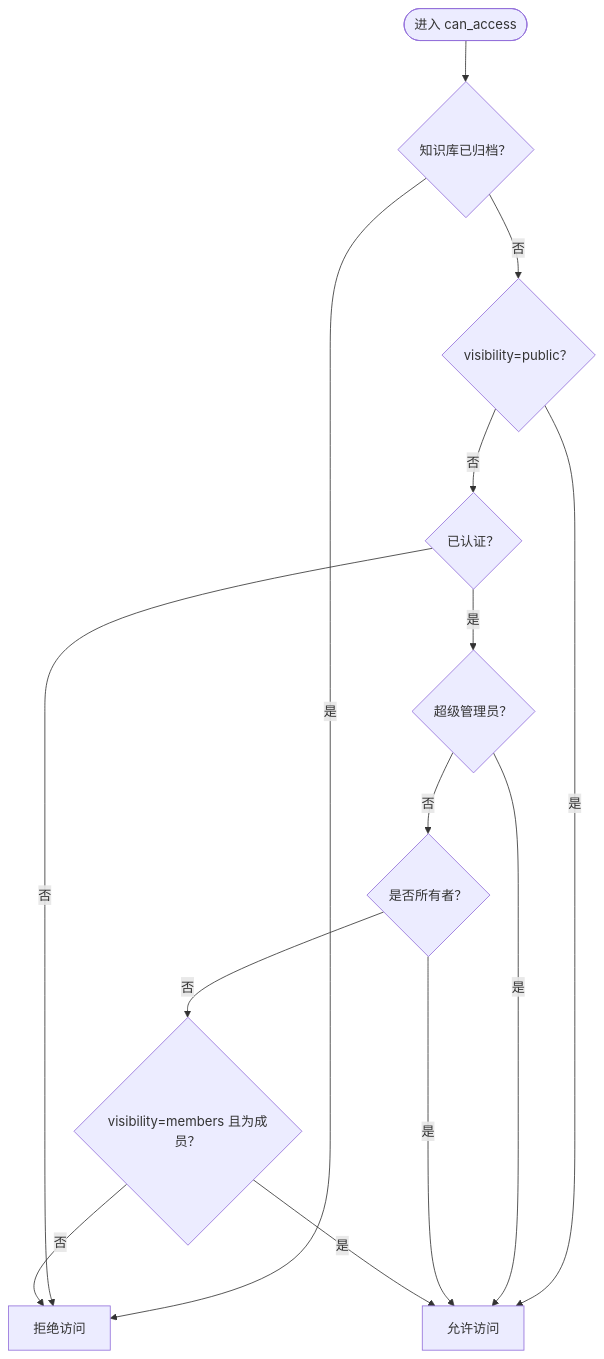
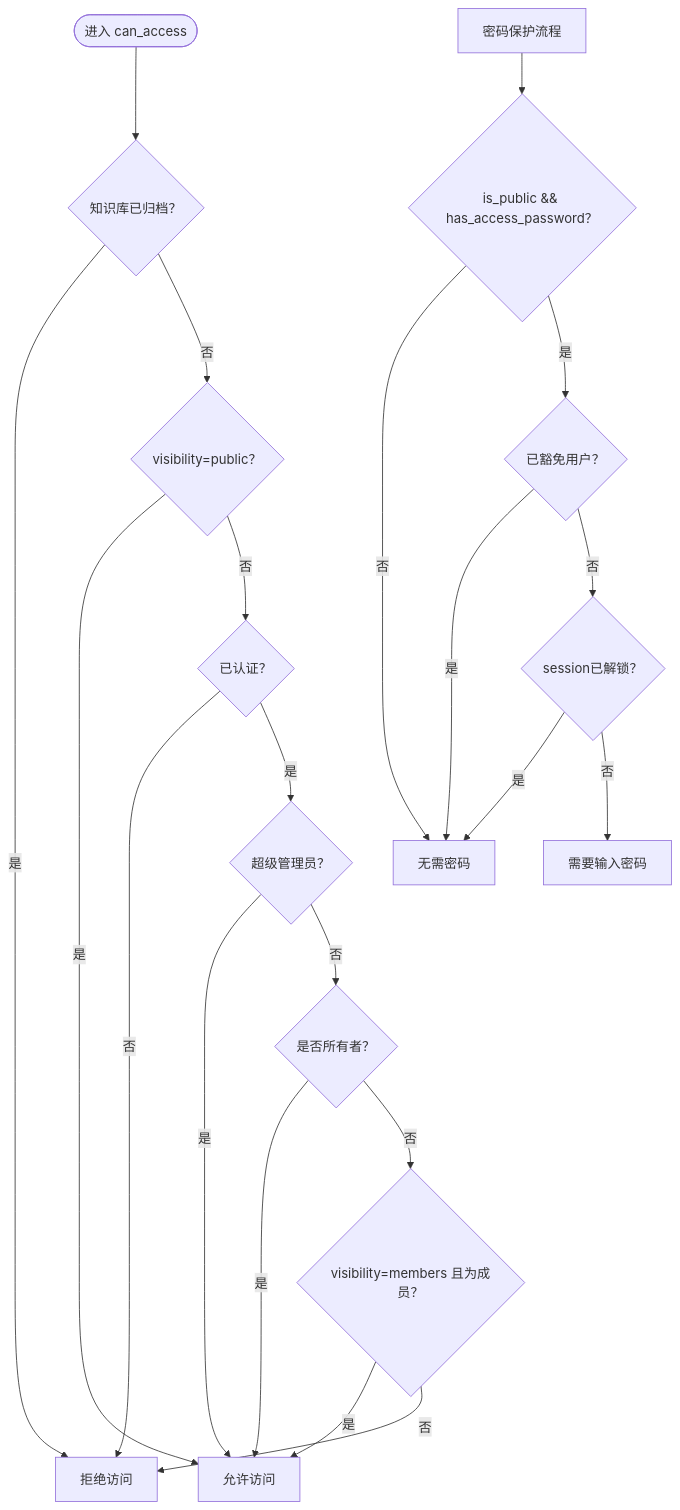
One commit to beyondalbert/my_wiki changed the third of 6 diagrams in .qoder/repowiki/zh/content/数据模型设计/知识库模型.md. Above: the diagram before and after it, drawn with Mermaid. The commit also changed other lines of this file and 21 other files, not shown here.

````diff
--- a/.qoder/repowiki/zh/content/数据模型设计/知识库模型.md
+++ b/.qoder/repowiki/zh/content/数据模型设计/知识库模型.md
@@ -200,16 +236,23 @@
 ```mermaid
 flowchart TD
 Start(["进入 can_access"]) --> CheckArchived{"知识库已归档？"}
 CheckArchived --> |是| Deny["拒绝访问"]
 CheckArchived --> |否| CheckPublic{"visibility=public？"}
 CheckPublic --> |是| Allow["允许访问"]
 CheckPublic --> |否| CheckAuth{"已认证？"}
 CheckAuth --> |否| Deny
 CheckAuth --> |是| CheckSuper{"超级管理员？"}
 CheckSuper --> |是| Allow
 CheckSuper --> |否| CheckOwner{"是否所有者？"}
 CheckOwner --> |是| Allow
 CheckOwner --> |否| CheckMember{"visibility=members 且为成员？"}
 CheckMember --> |是| Allow
 CheckMember --> |否| Deny
+PasswordFlow["密码保护流程"] --> CheckProtected{"is_public && has_access_password？"}
+CheckProtected --> |否| NoPassword["无需密码"]
+CheckProtected --> |是| CheckExempt{"已豁免用户？"}
+CheckExempt --> |是| NoPassword
+CheckExempt --> |否| CheckUnlocked{"session已解锁？"}
+CheckUnlocked --> |是| NoPassword
+CheckUnlocked --> |否| NeedUnlock["需要输入密码"]
 ```
````
